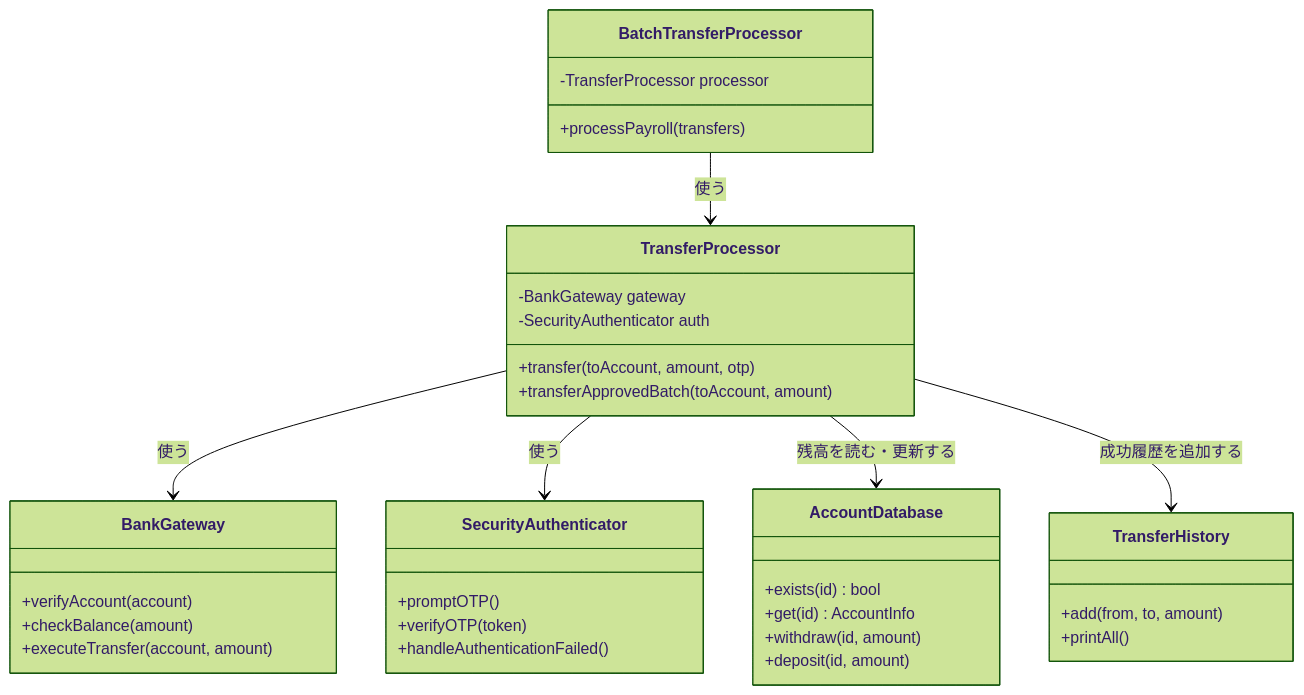
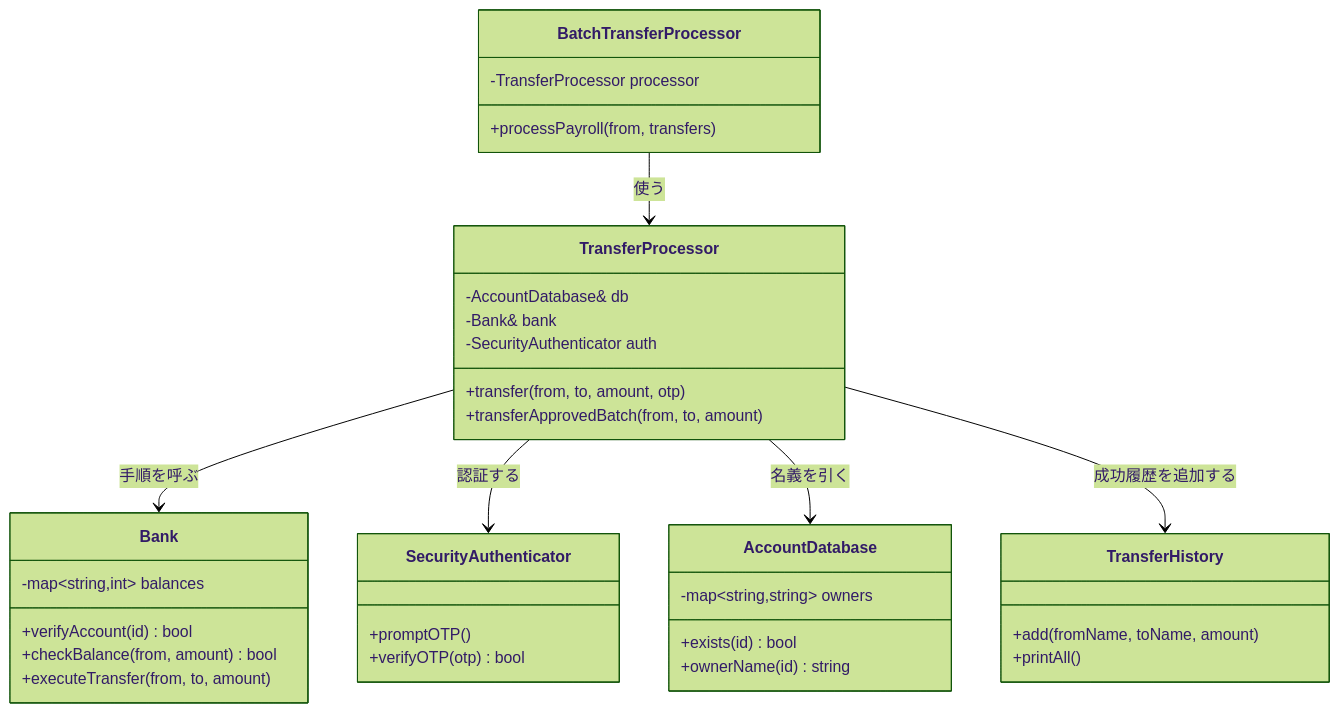
Before and after one commit to kumachan1101-pixel/DesignPattern: the second of 11 diagrams in kindle/design-patterns/output/chapter02.md, drawn with Mermaid (forest theme). The commit also changed other lines of this file and 1 other file, not shown here.

````diff
--- a/kindle/design-patterns/output/chapter02.md
+++ b/kindle/design-patterns/output/chapter02.md
@@ -165,39 +165,39 @@
 ```mermaid
 classDiagram
     class BatchTransferProcessor {
         -TransferProcessor processor
-        +processPayroll(transfers)
+        +processPayroll(from, transfers)
     }
     class TransferProcessor {
-        -BankGateway gateway
+        -AccountDatabase& db
+        -Bank& bank
         -SecurityAuthenticator auth
-        +transfer(toAccount, amount, otp)
-        +transferApprovedBatch(toAccount, amount)
+        +transfer(from, to, amount, otp)
+        +transferApprovedBatch(from, to, amount)
     }
-    class BankGateway {
-        +verifyAccount(account)
-        +checkBalance(amount)
-        +executeTransfer(account, amount)
+    class Bank {
+        -map~string,int~ balances
+        +verifyAccount(id) bool
+        +checkBalance(from, amount) bool
+        +executeTransfer(from, to, amount)
     }
     class SecurityAuthenticator {
         +promptOTP()
-        +verifyOTP(token)
-        +handleAuthenticationFailed()
+        +verifyOTP(otp) bool
     }
     class AccountDatabase {
+        -map~string,string~ owners
         +exists(id) bool
-        +get(id) AccountInfo
-        +withdraw(id, amount)
-        +deposit(id, amount)
+        +ownerName(id) string
     }
     class TransferHistory {
-        +add(from, to, amount)
+        +add(fromName, toName, amount)
         +printAll()
     }
 
     BatchTransferProcessor --> TransferProcessor : 使う
-    TransferProcessor --> BankGateway : 使う
-    TransferProcessor --> SecurityAuthenticator : 使う
-    TransferProcessor --> AccountDatabase : 残高を読む・更新する
+    TransferProcessor --> Bank : 手順を呼ぶ
+    TransferProcessor --> SecurityAuthenticator : 認証する
+    TransferProcessor --> AccountDatabase : 名義を引く
     TransferProcessor --> TransferHistory : 成功履歴を追加する
 ```
````
